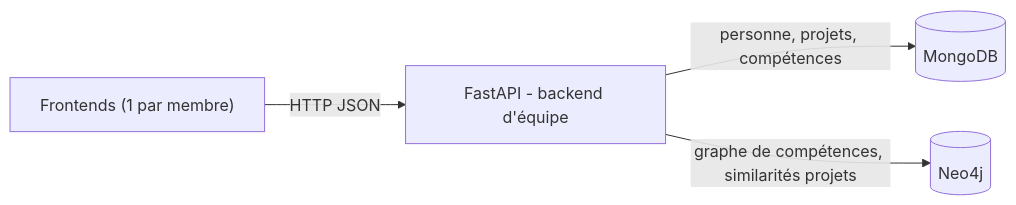
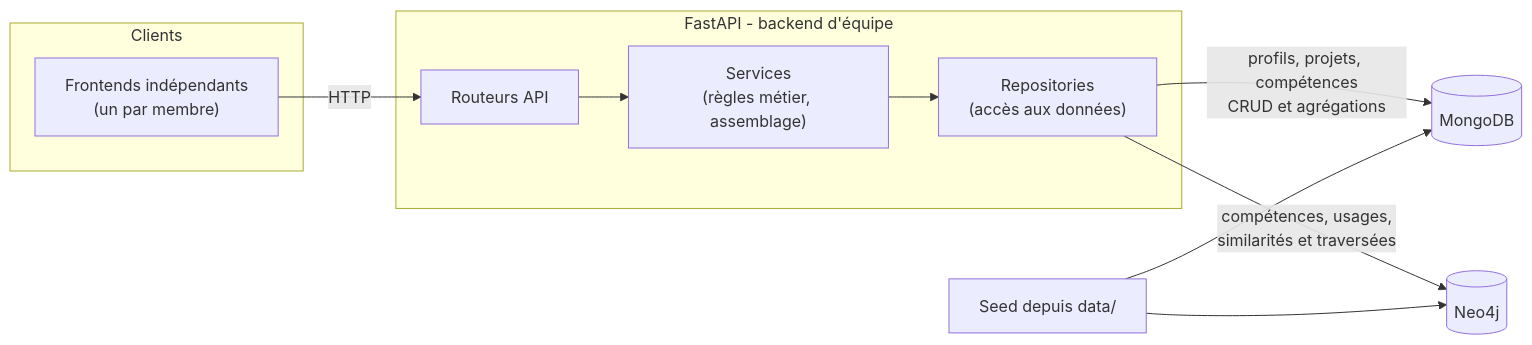
Before and after one commit to nosql-esigelec/2026-2027-rouen-portfolio-window: the first of 2 diagrams in ARCHITECTURE.md, drawn with Mermaid. The commit also changed other lines of this file, not shown here.

Commit message:
ajouts API manquantes architecture.md, precisions

````diff
--- a/ARCHITECTURE.md
+++ b/ARCHITECTURE.md
@@ -18,7 +18,17 @@
 ```mermaid
 flowchart LR
-    F["Frontends (1 par membre)"] -->|HTTP JSON| API["FastAPI - backend d'équipe"]
-    API -->|"personne, projets, compétences"| M[("MongoDB")]
-    API -->|"graphe de compétences, similarités projets"| N[("Neo4j")]
-    
+    subgraph Clients
+        F["Frontends indépendants<br/>(un par membre)"]
+    end
+    subgraph Backend["FastAPI - backend d'équipe"]
+        R["Routeurs API"]
+        S["Services<br/>(règles métier, assemblage)"]
+        Repo["Repositories<br/>(accès aux données)"]
+        R --> S --> Repo
+    end
+    F -->|"HTTP"| R
+    Repo -->|"profils, projets, compétences<br/>CRUD et agrégations"| M[("MongoDB")]
+    Repo -->|"compétences, usages,<br/>similarités et traversées"| N[("Neo4j")]
+    Seed["Seed depuis data/"] --> M
+    Seed --> N
 ```
````
